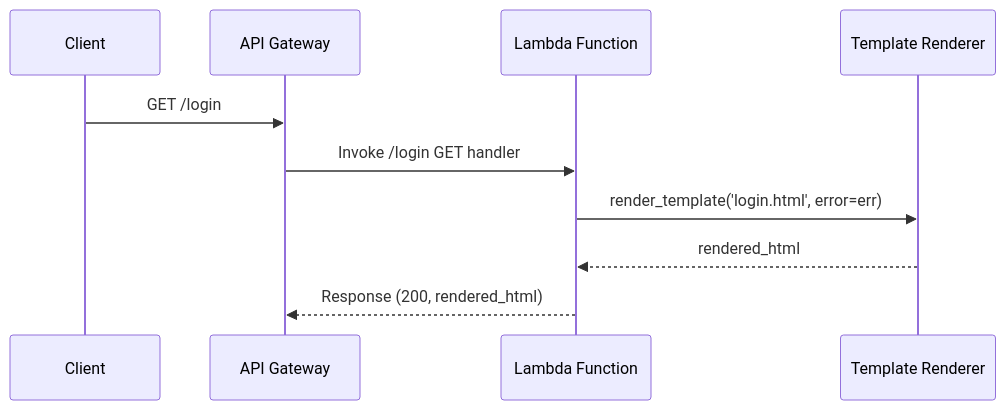
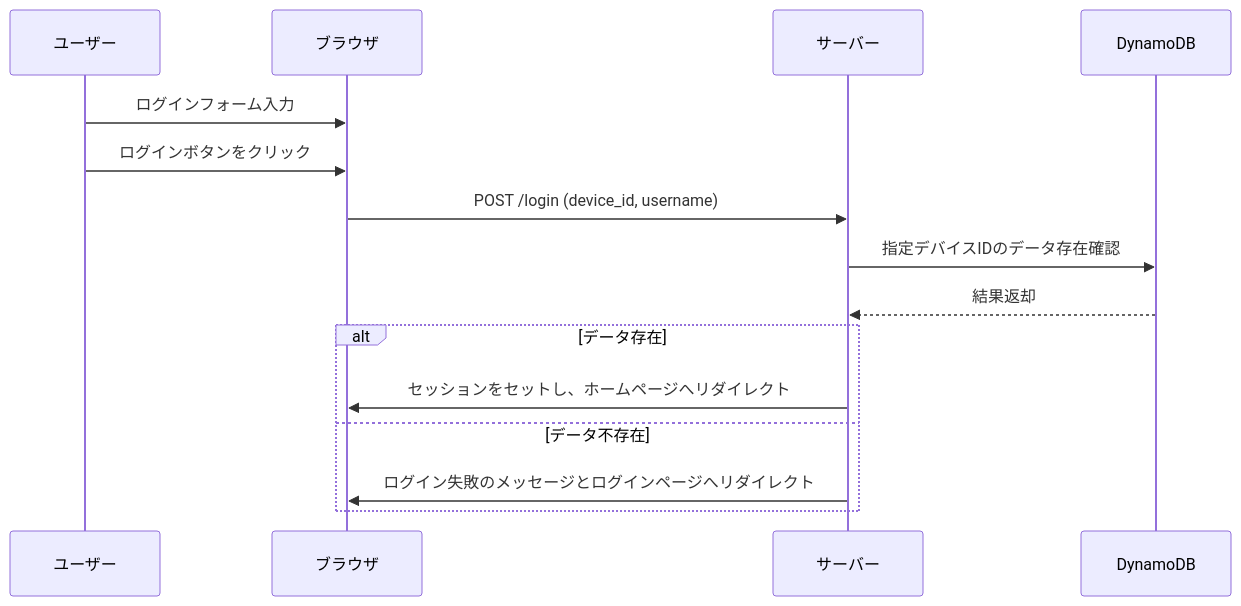
The second of 7 diagrams in docs/api_spec.md (jcnwkoya/GENAI-APP), drawn with Mermaid before and after one commit. The commit also changed other lines of this file and 9 other files, not shown here.

````diff
--- a/docs/api_spec.md
+++ b/docs/api_spec.md
@@ -107,13 +75,18 @@
 ```mermaid
 sequenceDiagram
-    participant Client
-    participant API Gateway
-    participant Lambda Function
-    participant Template Renderer
+    participant ユーザー
+    participant ブラウザ
+    participant サーバー
+    participant DynamoDB
 
-    Client->>API Gateway: GET /login
-    API Gateway->>Lambda Function: Invoke /login GET handler
-    Lambda Function->>Template Renderer: render_template('login.html', error=err)
-    Template Renderer-->>Lambda Function: rendered_html
-    Lambda Function-->>API Gateway: Response (200, rendered_html)
+    ユーザー->>ブラウザ: ログインフォーム入力
+    ユーザー->>ブラウザ: ログインボタンをクリック
+    ブラウザ->>サーバー: POST /login (device_id, username)
+    サーバー->>DynamoDB: 指定デバイスIDのデータ存在確認
+    DynamoDB-->>サーバー: 結果返却
+    alt データ存在
+        サーバー->>ブラウザ: セッションをセットし、ホームページへリダイレクト
+    else データ不存在
+        サーバー->>ブラウザ: ログイン失敗のメッセージとログインページへリダイレクト
+    end
 ```
````
